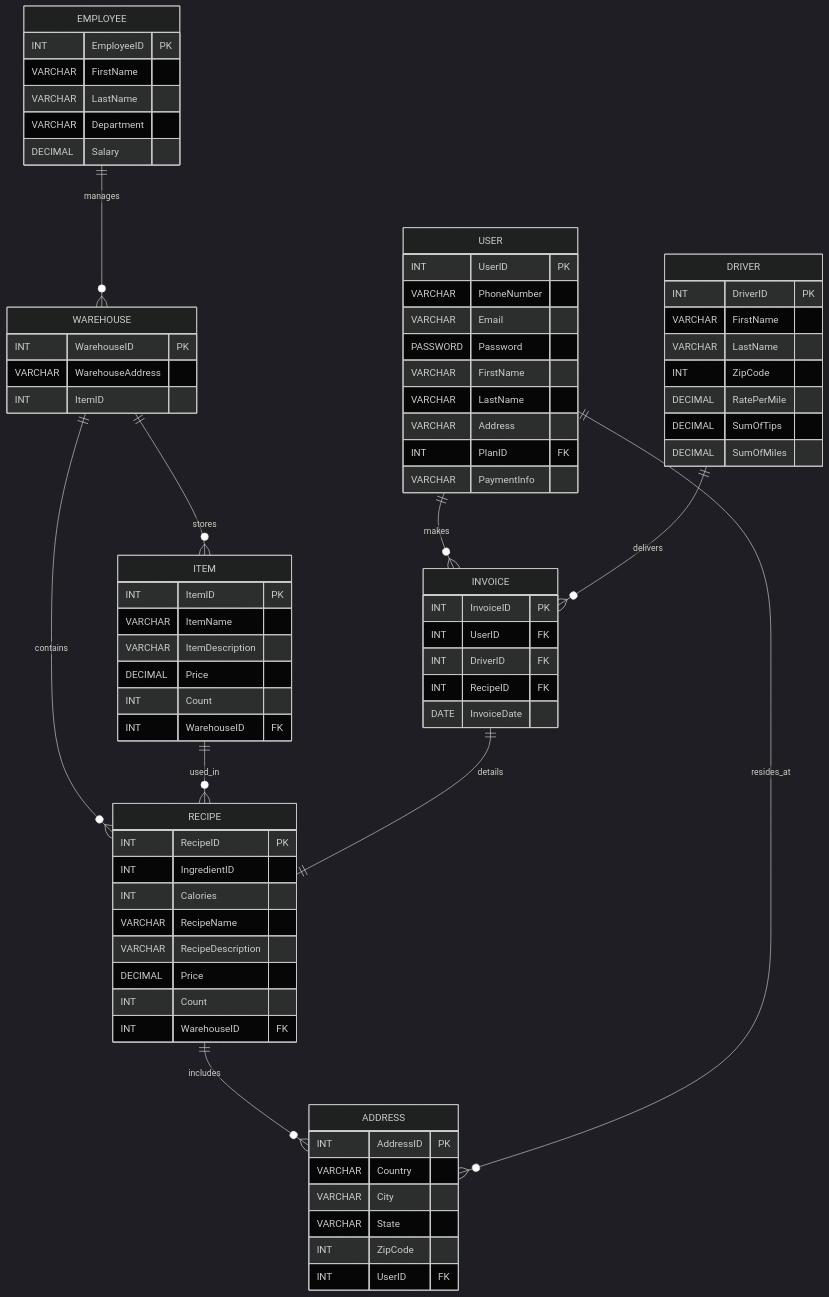
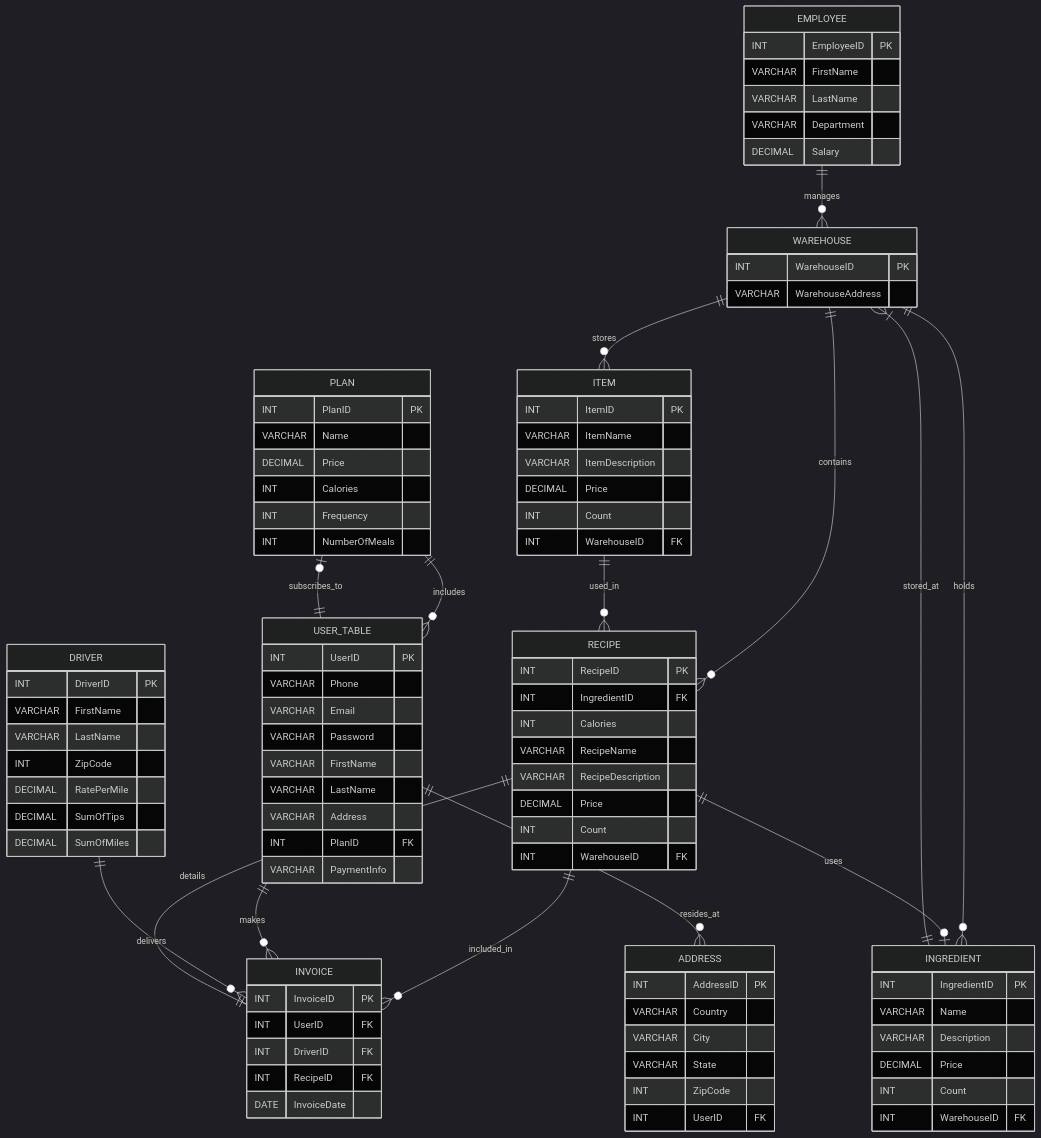
One commit to BearGotGit/4402-Project changed the diagram in diagram.md. Above: the diagram before and after it, drawn with Mermaid (dark theme). The commit also changed other lines of this file and 44 other files, not shown here.

Commit message:
removed old Java setup, NODE, &c in favor of simplified db using only c++, sqlite, and a simple .sh file; additionally, improved comments and structure of the code so team members can easily add the other features quickly with little hassle

````diff
--- a/diagram.md
+++ b/diagram.md
@@ -11,7 +11,6 @@
     WAREHOUSE {
         INT WarehouseID PK
         VARCHAR WarehouseAddress
-        INT ItemID
     }
 
     ITEM {
@@ -25,7 +24,7 @@
 
     RECIPE {
         INT RecipeID PK
-        INT IngredientID
+        INT IngredientID FK
         INT Calories
         VARCHAR RecipeName
         VARCHAR RecipeDescription
@@ -34,11 +33,30 @@
         INT WarehouseID FK
     }
 
-    USER {
+    PLAN {
+        INT PlanID PK
+        VARCHAR Name
+        DECIMAL Price
+        INT Calories
+        INT Frequency
+        INT NumberOfMeals
+    }
+
+    DRIVER {
+        INT DriverID PK
+        VARCHAR FirstName
+        VARCHAR LastName
+        INT ZipCode
+        DECIMAL RatePerMile
+        DECIMAL SumOfTips
+        DECIMAL SumOfMiles
+    }
+
+    USER_TABLE {
         INT UserID PK
-        VARCHAR PhoneNumber
+        VARCHAR Phone
         VARCHAR Email
-        PASSWORD Password
+        VARCHAR Password
         VARCHAR FirstName
         VARCHAR LastName
         VARCHAR Address
@@ -55,14 +73,13 @@
         INT UserID FK
     }
 
-    DRIVER {
-        INT DriverID PK
-        VARCHAR FirstName
-        VARCHAR LastName
-        INT ZipCode
-        DECIMAL RatePerMile
-        DECIMAL SumOfTips
-        DECIMAL SumOfMiles
+    INGREDIENT {
+        INT IngredientID PK
+        VARCHAR Name
+        VARCHAR Description
+        DECIMAL Price
+        INT Count
+        INT WarehouseID FK
     }
 
     INVOICE {
@@ -75,30 +92,23 @@
 
     %% Relationships between the tables
     EMPLOYEE ||--o{ WAREHOUSE : manages
-    %% Each warehouse has one employee managing it, but employees can manage multiple warehouses.
-
     WAREHOUSE ||--o{ ITEM : stores
-    %% Warehouses can store a lot of items, but each item is stored in just one warehouse.
-
     WAREHOUSE ||--o{ RECIPE : contains
-    %% A warehouse can have multiple recipes, but a recipe is tied to one warehouse.
+    WAREHOUSE ||--o{ INGREDIENT : holds
 
     ITEM ||--o{ RECIPE : used_in
-    %% Items can be used in several recipes, and recipes use a bunch of different items.
 
-    RECIPE ||--o{ ADDRESS : includes
-    %% Recipes might include ingredients from specific addresses (like suppliers or other locations).
+    RECIPE ||--o{ INVOICE : included_in
+    RECIPE ||--o| INGREDIENT : uses
 
-    USER ||--o{ ADDRESS : resides_at
-    %% Users can have a bunch of addresses (like home and work), but each address is linked to just one user.
-
-    USER ||--o{ INVOICE : makes
-    %% A user can make a lot of invoices (like one for each order), but each invoice belongs to just one user.
+    USER_TABLE ||--o{ ADDRESS : resides_at
+    USER_TABLE ||--o{ INVOICE : makes
+    USER_TABLE ||--o| PLAN : subscribes_to
 
     DRIVER ||--o{ INVOICE : delivers
-    %% Drivers deliver multiple invoices, but each invoice is assigned to one specific driver.
 
     INVOICE ||--|| RECIPE : details
-    %% Each invoice is for one recipe, but recipes can show up on multiple invoices.
 
+    INGREDIENT ||--|{ WAREHOUSE : stored_at
+    PLAN ||--o{ USER_TABLE : includes
 ```
````
